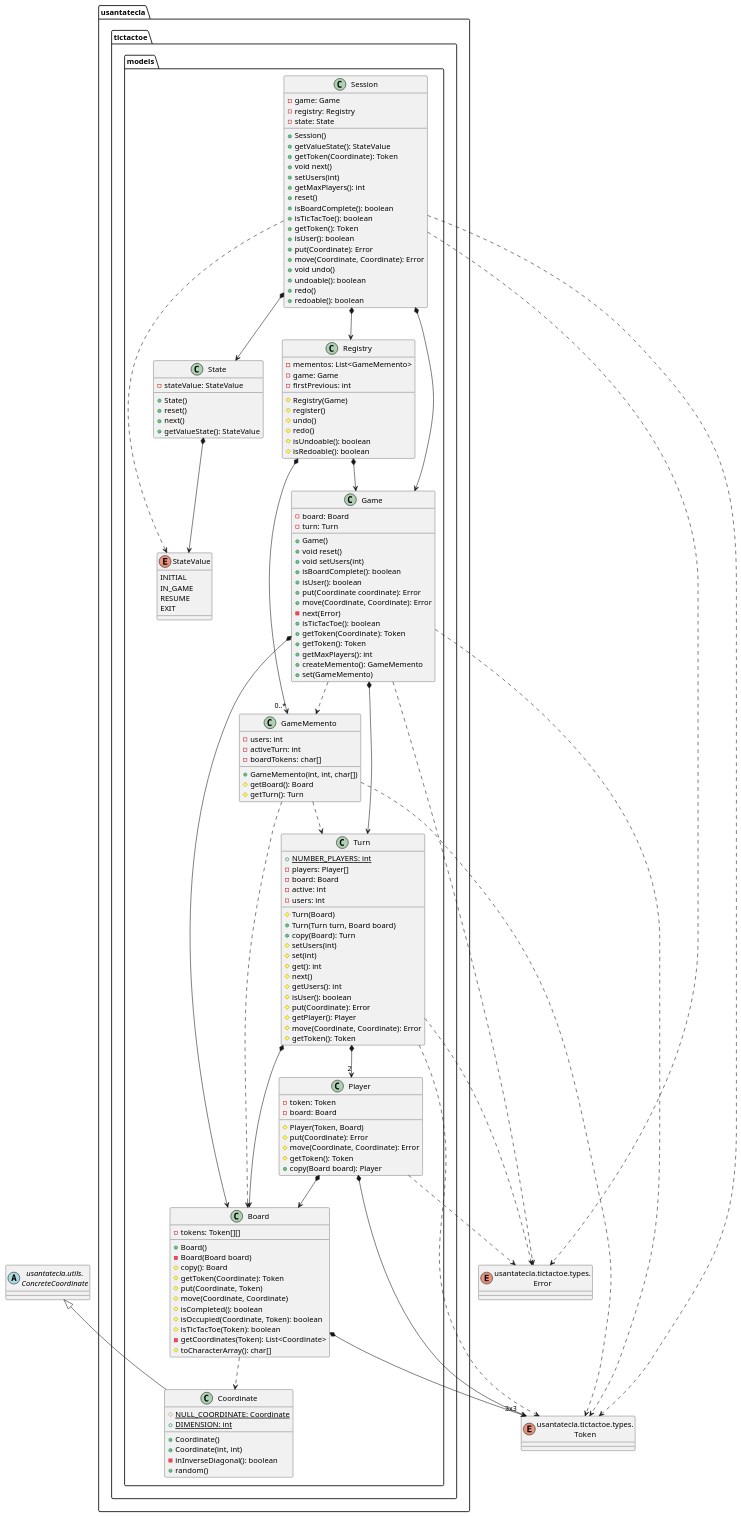
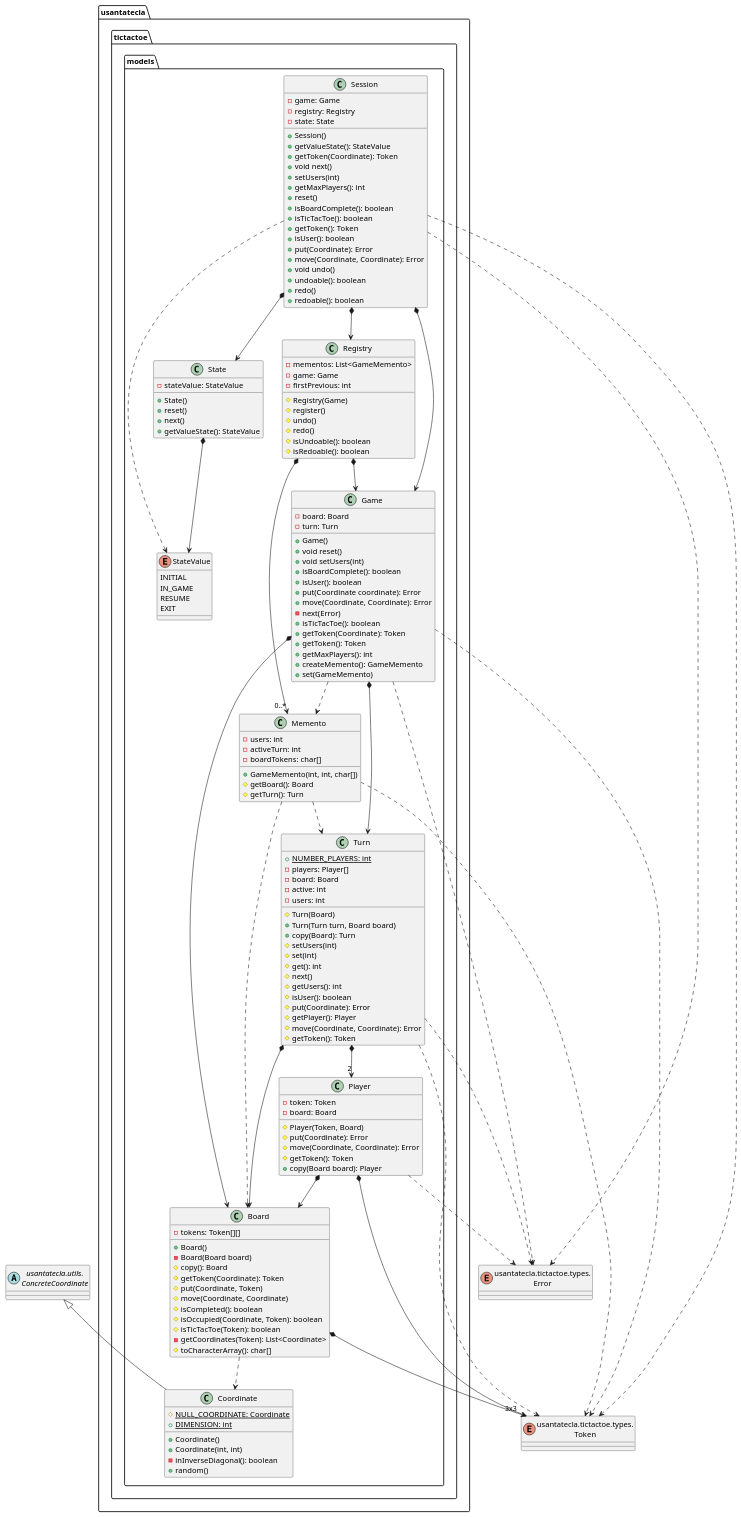
The fourth of 6 diagrams in modelViewPresenter/presentationModel/withComposite/docs/diagrams/src/paquetes.plantuml (Jolucaa/USantaTecla-project-ticTacToe), drawn with PlantUML before and after one commit. The commit also changed 5 other files, not shown here.

Commit message:
[mvp.pm.withComposite] rename GameMemento to Memento

```diff
--- a/modelViewPresenter/presentationModel/withComposite/docs/diagrams/src/paquetes.plantuml
+++ b/modelViewPresenter/presentationModel/withComposite/docs/diagrams/src/paquetes.plantuml
@@ -287,7 +287,7 @@
 usantatecla.tictactoe.models.Turn *-down-> "2" usantatecla.tictactoe.models.Player
 usantatecla.tictactoe.models.Turn .down.> Error
 
-class usantatecla.tictactoe.models.GameMemento {
+class usantatecla.tictactoe.models.Memento {
 
     - users: int
     - activeTurn: int
@@ -299,9 +299,9 @@
 
 }
 
-usantatecla.tictactoe.models.GameMemento .down.> usantatecla.tictactoe.models.Board
-usantatecla.tictactoe.models.GameMemento .down.> usantatecla.tictactoe.models.Turn
-usantatecla.tictactoe.models.GameMemento .down.> Token
+usantatecla.tictactoe.models.Memento .down.> usantatecla.tictactoe.models.Board
+usantatecla.tictactoe.models.Memento .down.> usantatecla.tictactoe.models.Turn
+usantatecla.tictactoe.models.Memento .down.> Token
 
 class usantatecla.tictactoe.models.Registry {
 
@@ -319,7 +319,7 @@
 }
 
 usantatecla.tictactoe.models.Registry *-down-> usantatecla.tictactoe.models.Game
-usantatecla.tictactoe.models.Registry *-down-> "0..*" usantatecla.tictactoe.models.GameMemento
+usantatecla.tictactoe.models.Registry *-down-> "0..*" usantatecla.tictactoe.models.Memento
 
 class usantatecla.tictactoe.models.Game {
 
@@ -347,7 +347,7 @@
 usantatecla.tictactoe.models.Game *-down-> usantatecla.tictactoe.models.Turn
 usantatecla.tictactoe.models.Game .down.> Error
 usantatecla.tictactoe.models.Game .down.> Token
-usantatecla.tictactoe.models.Game .down.> usantatecla.tictactoe.models.GameMemento
+usantatecla.tictactoe.models.Game .down.> usantatecla.tictactoe.models.Memento
 
 class usantatecla.tictactoe.models.Session {
 
```
